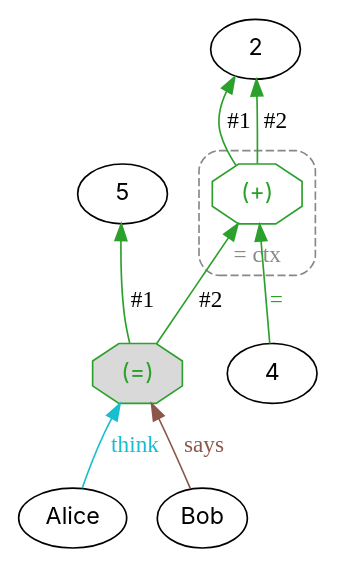
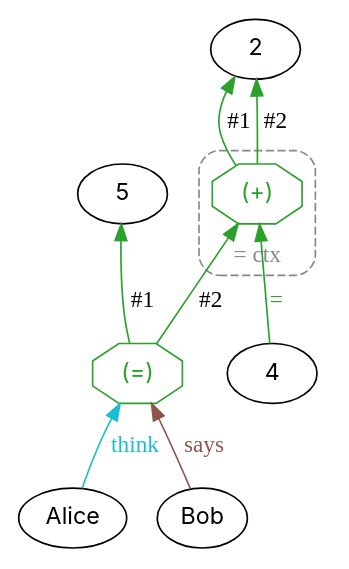
One commit to agutikov/ein changed the diagram in plans/m1f_hypothesis_and_documentation/p1f.22_nested_facts/diagrams/frame-ctx-only-two-contexts.dot. Above: the diagram before and after it, drawn with Graphviz. The commit also changed 7 other files, not shown here.

Commit message:
P1f.22: Q-M1f.398's filling dropped on the user's word: held is outside every frame, no octagon filled; the three trial figures drawn so. Plans only.

```diff
--- a/plans/m1f_hypothesis_and_documentation/p1f.22_nested_facts/diagrams/frame-ctx-only-two-contexts.dot
+++ b/plans/m1f_hypothesis_and_documentation/p1f.22_nested_facts/diagrams/frame-ctx-only-two-contexts.dot
@@ -1,24 +1,24 @@
 digraph kb {
   // suggested layout: fdp
   rankdir=BT;
   node [fontname="Inter"];
 
   // facts
   "Alice" -> f_06748717d5 [label="think", color="#17becf", fontcolor="#17becf", style=solid];
   "Bob" -> f_06748717d5 [label="says", color="#8c564b", fontcolor="#8c564b", style=solid];
   "4" -> f_0ae97bb518 [label="=", color="#2ca02c", fontcolor="#2ca02c", style=solid];
 
   // held facts that are also in a context: no frame
-  f_06748717d5 [shape=octagon, label="(=)", color="#2ca02c", fontcolor="#2ca02c", style="filled,solid", fillcolor="#d9d9d9"];
+  f_06748717d5 [shape=octagon, label="(=)", color="#2ca02c", fontcolor="#2ca02c", style=solid];
 
   // facts in a context
   newrank=true;
   subgraph cluster_ctx_0 {
     label="= ctx"; style="dashed,rounded"; color="#888888"; fontcolor="#888888";
     f_0ae97bb518 [shape=octagon, label="(+)", color="#2ca02c", fontcolor="#2ca02c", style=solid];
   }
   f_0ae97bb518 -> "2" [label="#1", color="#2ca02c", style=solid];
   f_0ae97bb518 -> "2" [label="#2", color="#2ca02c", style=solid];
   f_06748717d5 -> "5" [label="#1", color="#2ca02c", style=solid];
   f_06748717d5 -> f_0ae97bb518 [label="#2", color="#2ca02c", style=solid];
 }
```
